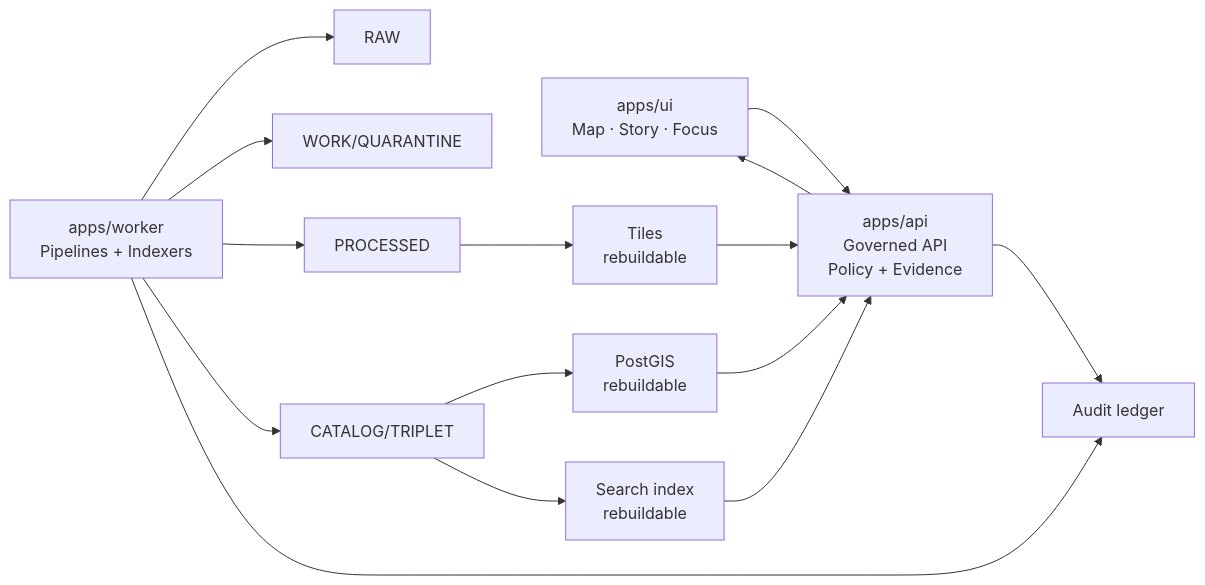
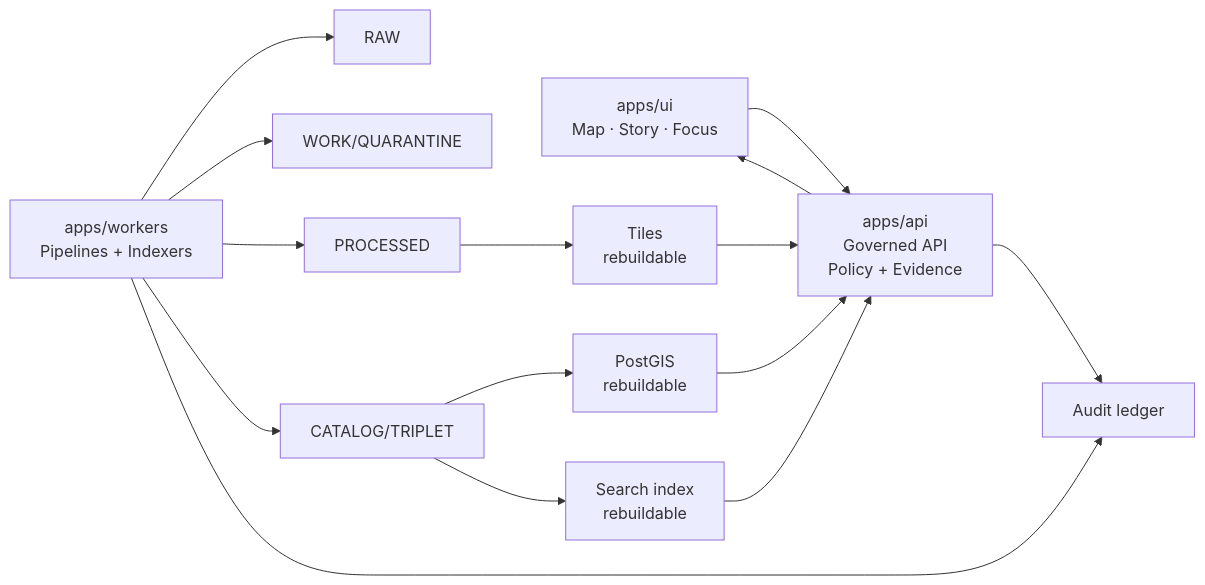
One commit to bartytime4life/Kansas-Frontier-Matrix changed the diagram in apps/README.md. Above: the diagram before and after it, drawn with Mermaid. The commit also changed other lines of this file and 2 other files, not shown here.

Commit message:
Fix documentation mistakes: tier definitions, story node version, worker directory, data sources path

```diff
--- a/apps/README.md
+++ b/apps/README.md
@@ -130,20 +130,20 @@
 ~~~mermaid
 flowchart LR
   UI[apps/ui<br/>Map · Story · Focus] --> API[apps/api<br/>Governed API<br/>Policy + Evidence]
   API --> UI
 
-  W[apps/worker<br/>Pipelines + Indexers] --> RAW[RAW]
+  W[apps/workers<br/>Pipelines + Indexers] --> RAW[RAW]
   W --> WORK[WORK/QUARANTINE]
   W --> PROC[PROCESSED]
   W --> CAT[CATALOG/TRIPLET]
   W --> AUD[Audit ledger]
 
   CAT --> DB[PostGIS<br/>rebuildable]
   CAT --> SEARCH[Search index<br/>rebuildable]
   PROC --> TILES[Tiles<br/>rebuildable]
 
   DB --> API
   SEARCH --> API
   TILES --> API
   API --> AUD
 ~~~
```
